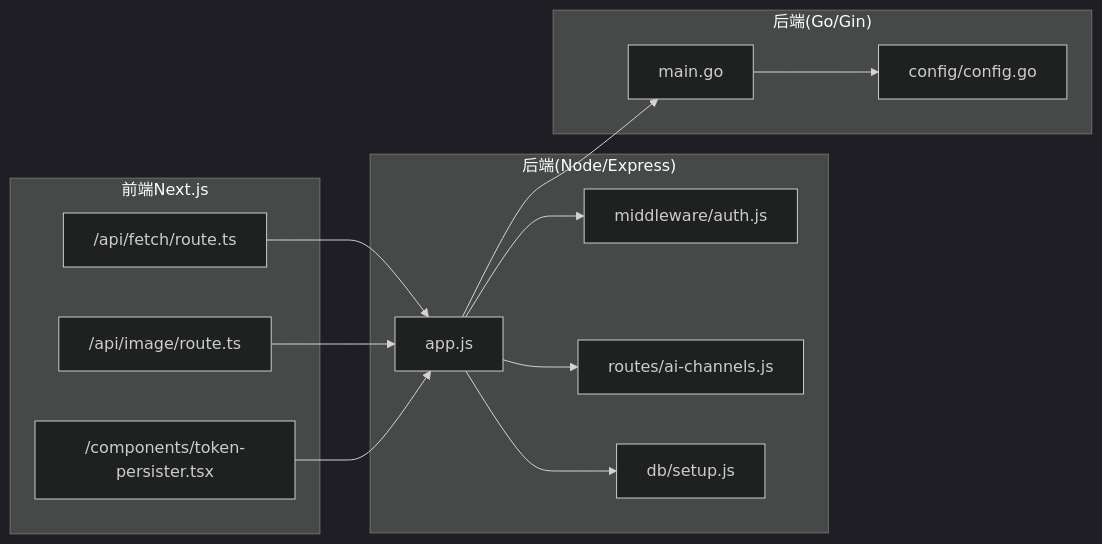
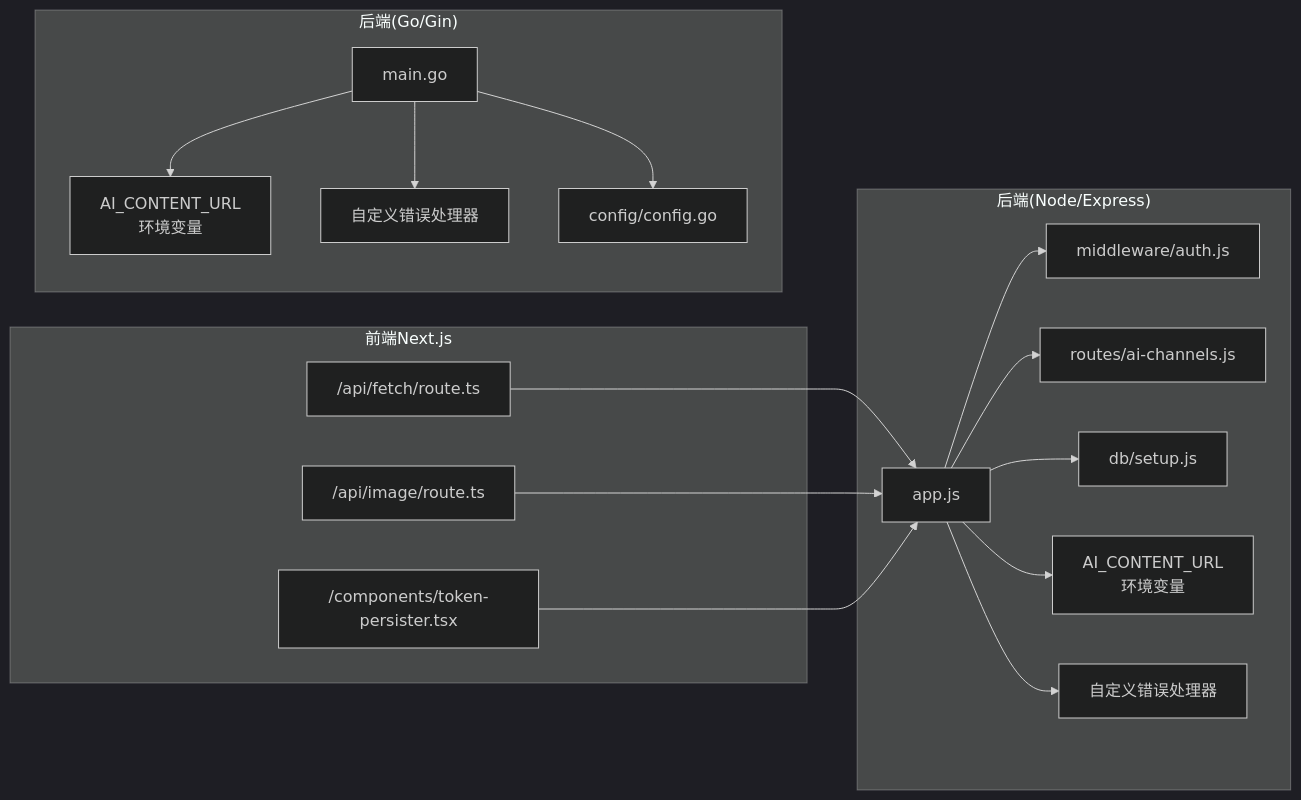
Before and after one commit to hx631580609-web/zsts-cms: the eighth of 8 diagrams in .qoder/repowiki/zh/content/后端服务架构/核心服务/AI代理服务.md, drawn with Mermaid (dark theme). The commit also changed other lines of this file and 11 other files, not shown here.

````diff
--- a/.qoder/repowiki/zh/content/后端服务架构/核心服务/AI代理服务.md
+++ b/.qoder/repowiki/zh/content/后端服务架构/核心服务/AI代理服务.md
@@ -265,26 +344,33 @@
 ```mermaid
 graph LR
 subgraph "前端Next.js"
 A["/api/fetch/route.ts"]
 B["/api/image/route.ts"]
 C["/components/token-persister.tsx"]
 end
 subgraph "后端(Node/Express)"
 D["app.js"]
 E["middleware/auth.js"]
 F["routes/ai-channels.js"]
 G["db/setup.js"]
+H["AI_CONTENT_URL<br/>环境变量"]
+I["自定义错误处理器"]
 end
 subgraph "后端(Go/Gin)"
-H["main.go"]
-I["config/config.go"]
+J["main.go"]
+K["config/config.go"]
+L["AI_CONTENT_URL<br/>环境变量"]
+M["自定义错误处理器"]
 end
 A --> D
 B --> D
 C --> D
 D --> H
+D --> I
+J --> L
+J --> M
+J --> K
 D --> E
 D --> F
 D --> G
-H --> I
 ```
````
